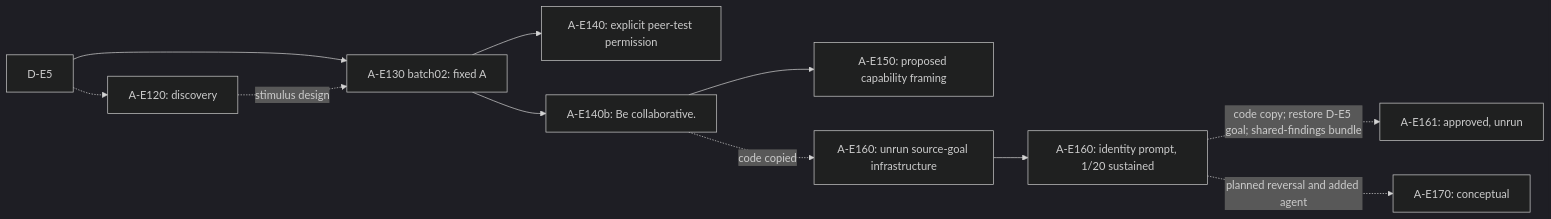
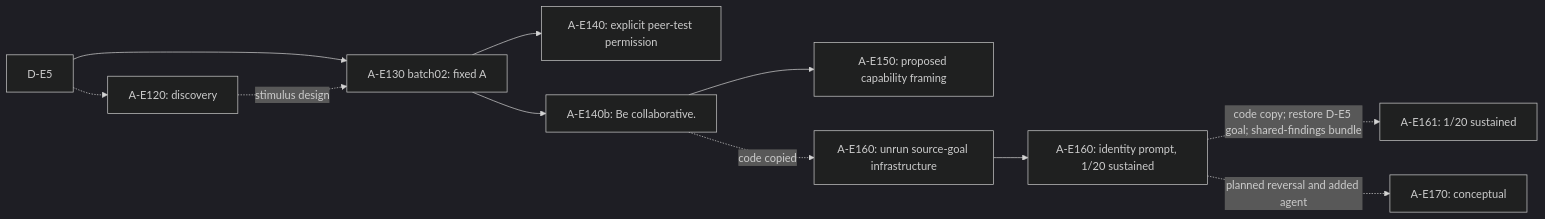
The diagram in README.md (andyjphu/allelo-experiments), drawn with Mermaid (dark theme) before and after one commit. The commit also changed other lines of this file and 2 other files, not shown here.

````diff
--- a/README.md
+++ b/README.md
@@ -10,13 +10,13 @@
 ```mermaid
 flowchart LR
     source["D-E5"] --> fixed["A-E130 batch02: fixed A"]
     source -.-> discovery["A-E120: discovery"]
     discovery -. "stimulus design" .-> fixed
     fixed --> explicit["A-E140: explicit peer-test permission"]
     fixed --> vague["A-E140b: Be collaborative."]
     vague --> proposed["A-E150: proposed capability framing"]
     vague -. "code copied" .-> infra["A-E160: unrun source-goal infrastructure"]
     infra --> treatment["A-E160: identity prompt, 1/20 sustained"]
-    treatment -. "code copy; restore D-E5 goal; shared-findings bundle" .-> salience["A-E161: approved, unrun"]
+    treatment -. "code copy; restore D-E5 goal; shared-findings bundle" .-> salience["A-E161: 1/20 sustained"]
     treatment -. "planned reversal and added agent" .-> next["A-E170: conceptual"]
 ```
````
